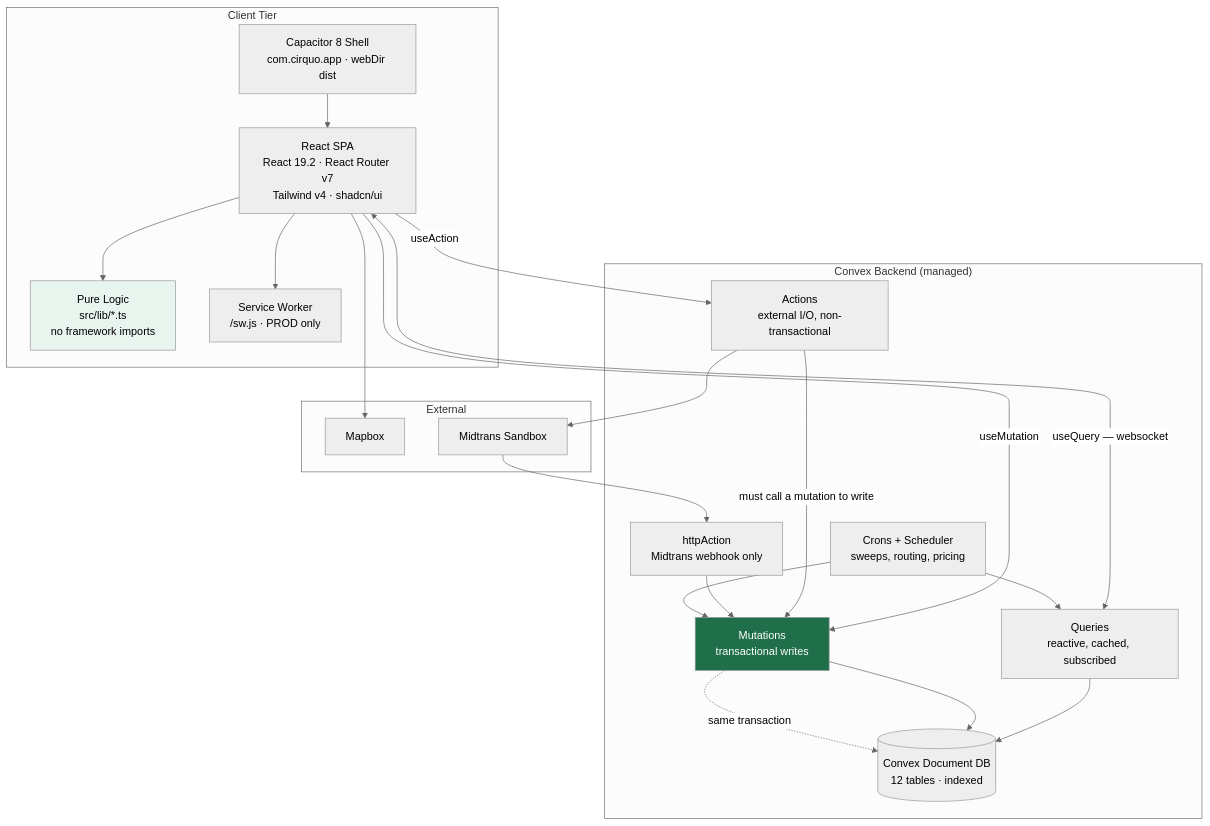
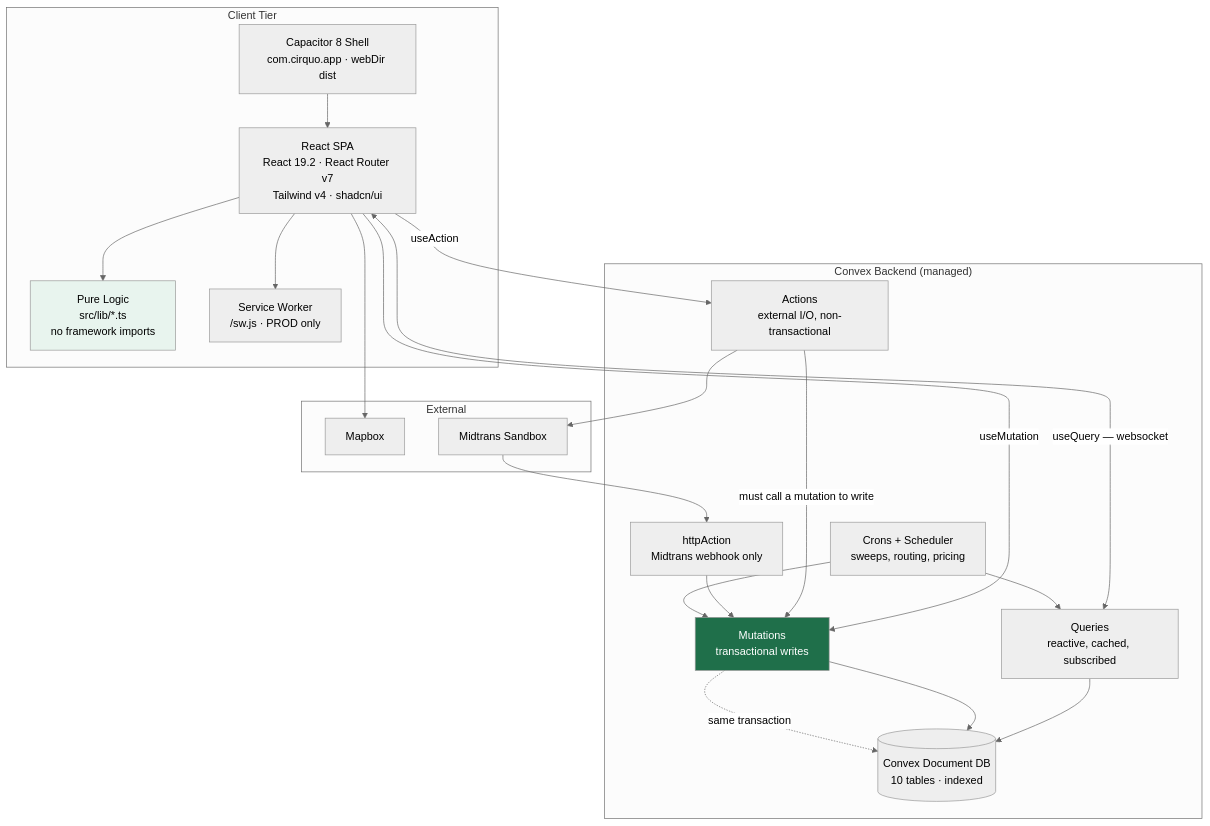
One commit to 201dev/cirquo changed the second of 10 diagrams in docs/architecture/ARCHITECTURE.md. Above: the diagram before and after it, drawn with Mermaid (neutral theme). The commit also changed other lines of this file and 43 other files, not shown here.

````diff
--- a/docs/architecture/ARCHITECTURE.md
+++ b/docs/architecture/ARCHITECTURE.md
@@ -152,45 +154,45 @@
 ```mermaid
 graph TB
     subgraph Client["Client Tier"]
         SPA["React SPA<br/>React 19.2 · React Router v7<br/>Tailwind v4 · shadcn/ui"]
         PURE["Pure Logic<br/>src/lib/*.ts<br/>no framework imports"]
         CAP["Capacitor 8 Shell<br/>com.cirquo.app · webDir dist"]
         SW["Service Worker<br/>/sw.js · PROD only"]
     end
 
     subgraph Convex["Convex Backend (managed)"]
         Q["Queries<br/>reactive, cached, subscribed"]
         MU["Mutations<br/>transactional writes"]
         AC["Actions<br/>external I/O, non-transactional"]
         HTTP["httpAction<br/>Midtrans webhook only"]
         CRON["Crons + Scheduler<br/>sweeps, routing, pricing"]
-        DB[("Convex Document DB<br/>12 tables · indexed")]
+        DB[("Convex Document DB<br/>10 tables · indexed")]
     end
 
     subgraph Ext["External"]
         MB["Mapbox"]
         MT["Midtrans Sandbox"]
     end
 
     SPA --> PURE
     CAP --> SPA
     SPA --> SW
     SPA <-->|"useQuery — websocket"| Q
     SPA -->|"useMutation"| MU
     SPA -->|"useAction"| AC
     SPA --> MB
 
     Q --> DB
     MU --> DB
     AC -->|"must call a mutation to write"| MU
     AC --> MT
     MT --> HTTP
     HTTP --> MU
     CRON --> MU
     CRON --> Q
 
     MU -.->|"same transaction"| DB
 
     style PURE fill:#e8f4ee
     style MU fill:#1f6f4a,color:#ffffff
 ```
````
